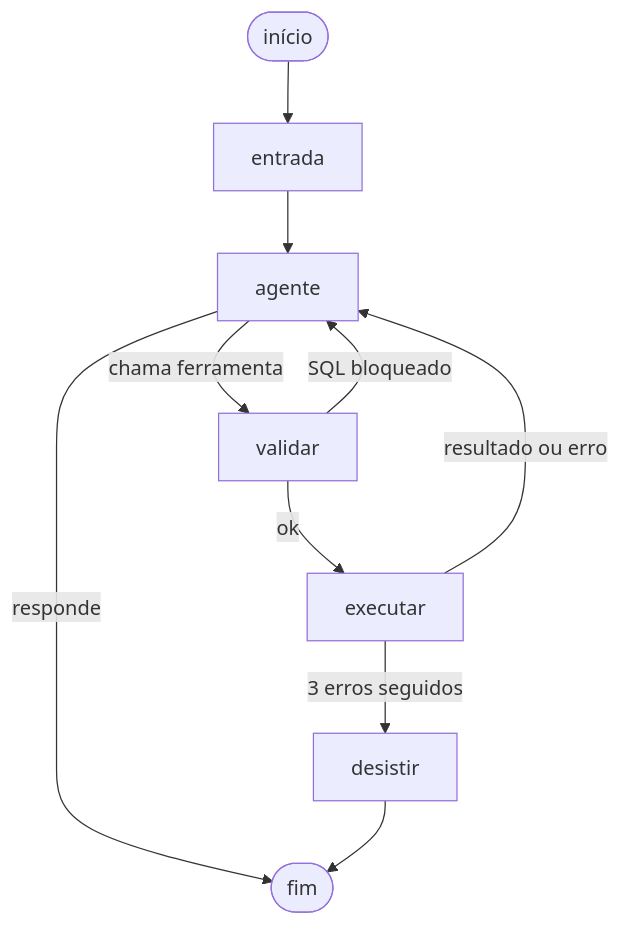
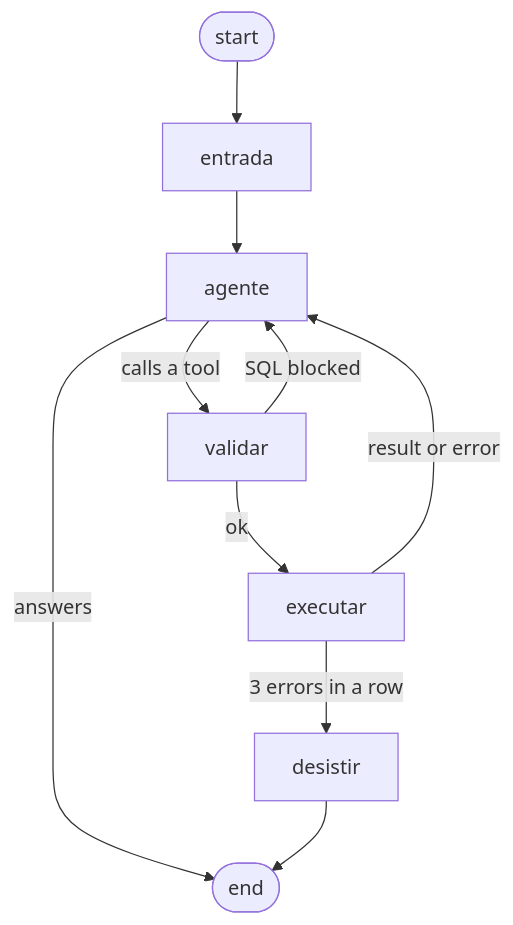
One commit to thiagoCardoso13/Project_AI_Agent changed the diagram in README.md. Above: the diagram before and after it, drawn with Mermaid. The commit also changed other lines of this file, not shown here.

````diff
--- a/README.md
+++ b/README.md
@@ -15,12 +15,12 @@
 ```mermaid
 graph TD;
-    inicio([início]) --> entrada
+    start([start]) --> entrada
     entrada --> agente
-    agente -- "responde" --> fim([fim])
-    agente -- "chama ferramenta" --> validar
-    validar -- "SQL bloqueado" --> agente
+    agente -- "answers" --> done([end])
+    agente -- "calls a tool" --> validar
+    validar -- "SQL blocked" --> agente
     validar -- "ok" --> executar
-    executar -- "resultado ou erro" --> agente
-    executar -- "3 erros seguidos" --> desistir
-    desistir --> fim
+    executar -- "result or error" --> agente
+    executar -- "3 errors in a row" --> desistir
+    desistir --> done
 ```
````
